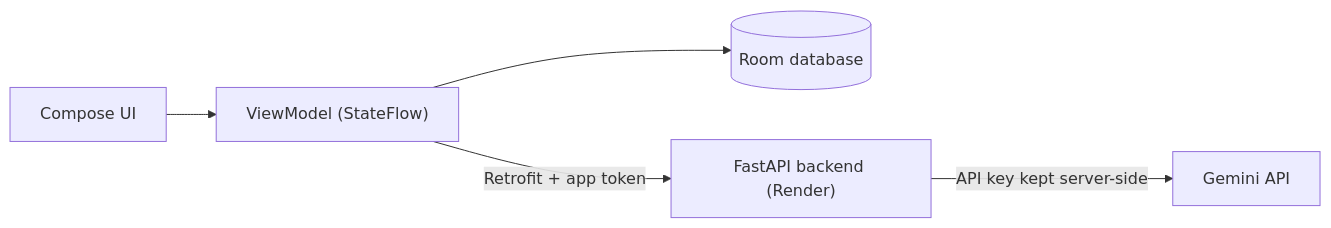
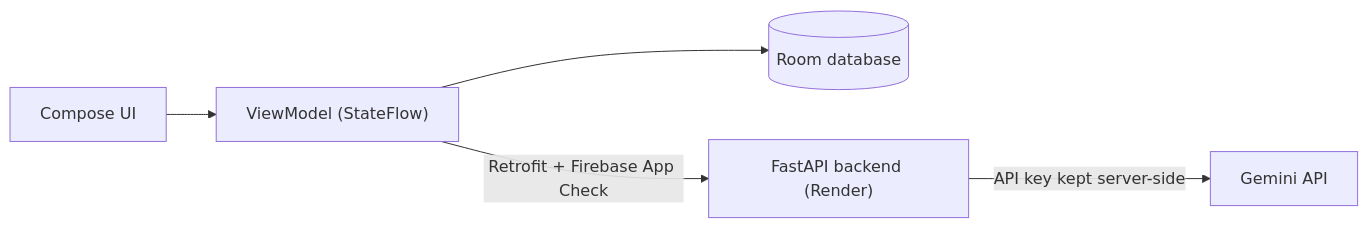
Before and after one commit to narine01/SpendSense: the diagram in README.md, drawn with Mermaid. The commit also changed other lines of this file and 7 other files, not shown here.

Commit message:
Add Firebase App Check to Android app

````diff
--- a/README.md
+++ b/README.md
@@ -17,7 +17,7 @@
 ```mermaid
 flowchart LR
     UI["Compose UI"] --> VM["ViewModel (StateFlow)"]
     VM --> DB[("Room database")]
-    VM -->|"Retrofit + app token"| API["FastAPI backend (Render)"]
+    VM -->|"Retrofit + Firebase App Check"| API["FastAPI backend (Render)"]
     API -->|"API key kept server-side"| AI["Gemini API"]
 ```
````
